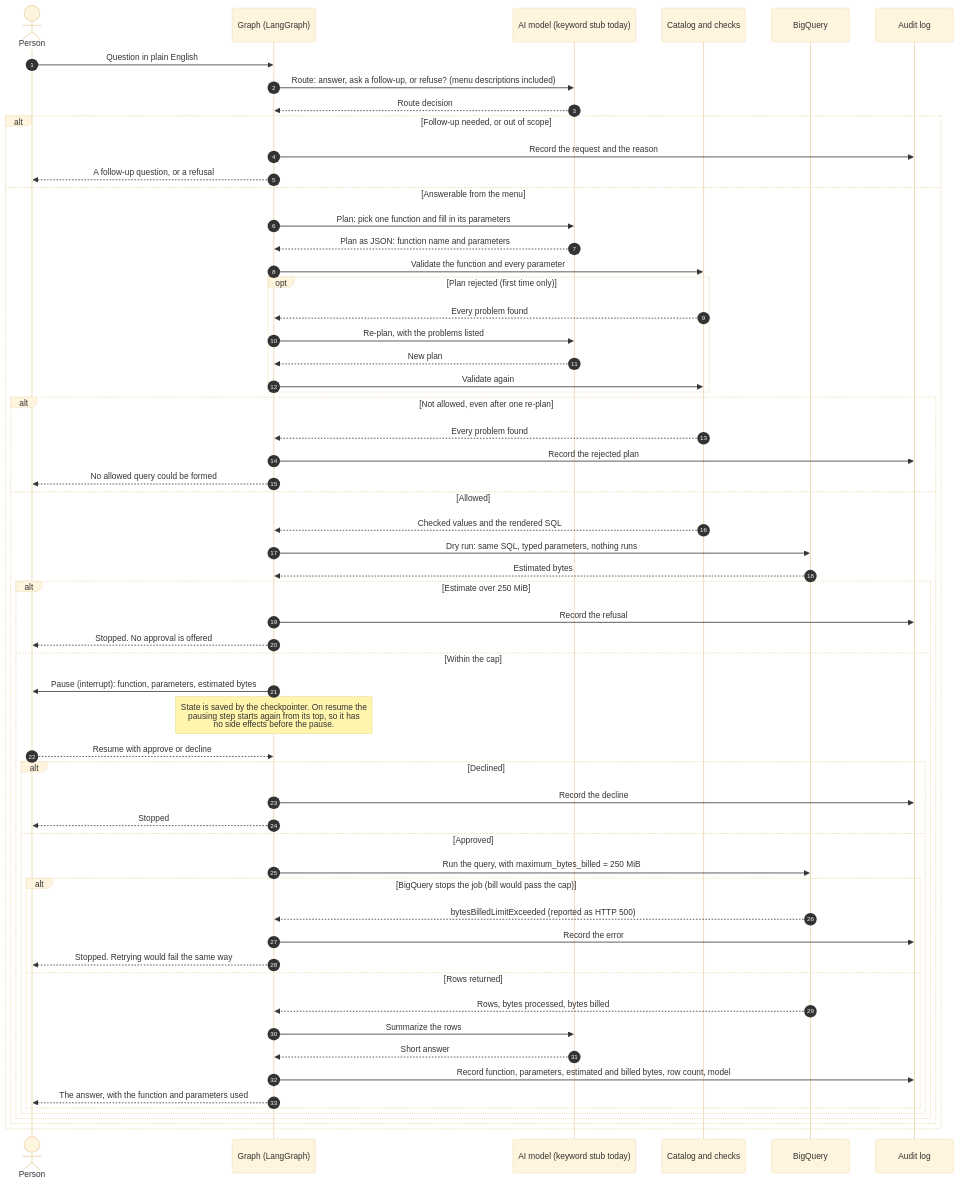
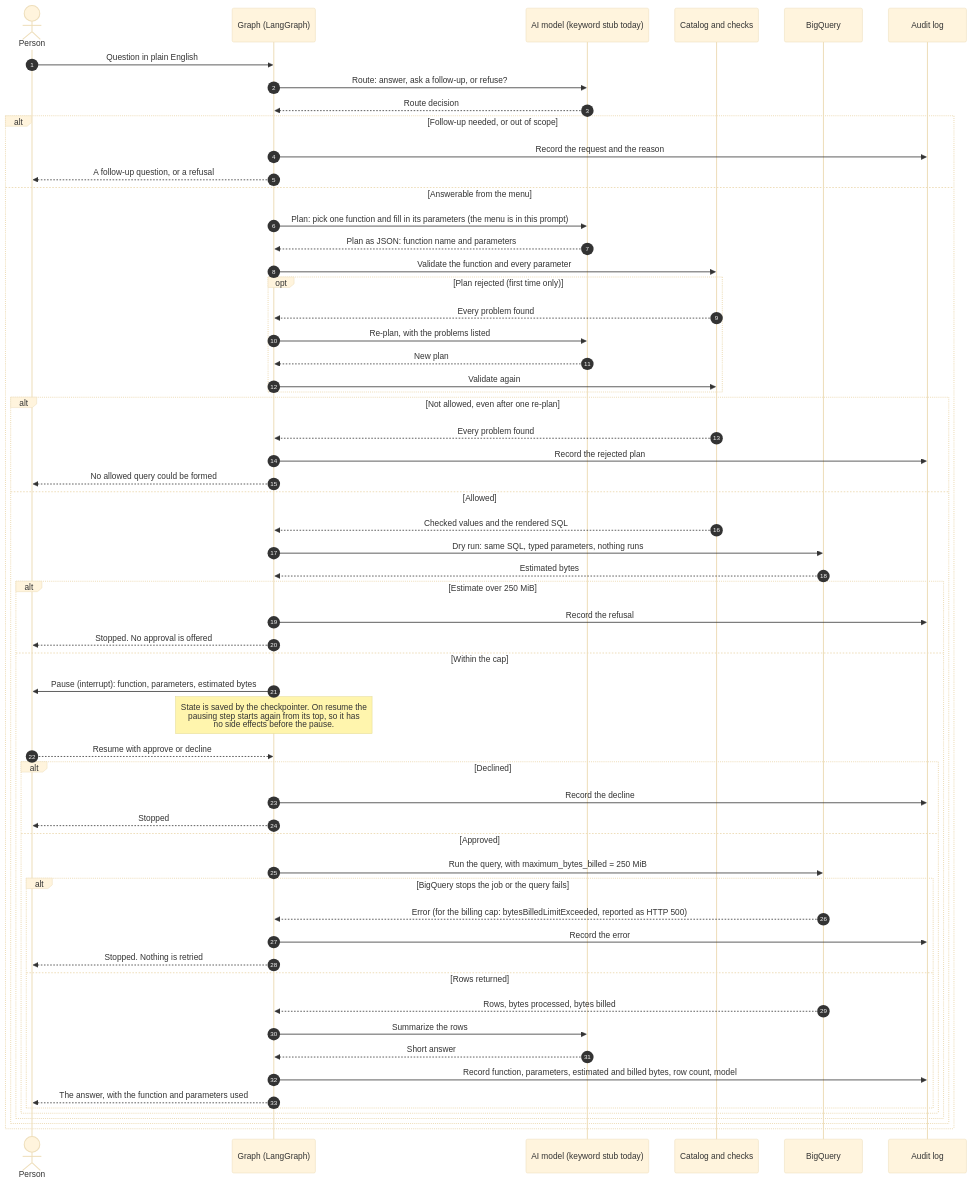
Before and after one commit to sandeepkesarkar/bq-query-agent: the second of 3 diagrams in README.md, drawn with Mermaid (base theme). The commit also changed other lines of this file and 5 other files, not shown here.

````diff
--- a/README.md
+++ b/README.md
@@ -92,67 +93,67 @@
 ```mermaid
 sequenceDiagram
     autonumber
     actor P as Person
     participant G as Graph (LangGraph)
     participant M as AI model (keyword stub today)
     participant C as Catalog and checks
     participant B as BigQuery
     participant L as Audit log
 
     P->>G: Question in plain English
-    G->>M: Route: answer, ask a follow-up, or refuse? (menu descriptions included)
+    G->>M: Route: answer, ask a follow-up, or refuse?
     M-->>G: Route decision
 
     alt Follow-up needed, or out of scope
         G->>L: Record the request and the reason
         G-->>P: A follow-up question, or a refusal
     else Answerable from the menu
-        G->>M: Plan: pick one function and fill in its parameters
+        G->>M: Plan: pick one function and fill in its parameters (the menu is in this prompt)
         M-->>G: Plan as JSON: function name and parameters
 
         G->>C: Validate the function and every parameter
         opt Plan rejected (first time only)
             C-->>G: Every problem found
             G->>M: Re-plan, with the problems listed
             M-->>G: New plan
             G->>C: Validate again
         end
 
         alt Not allowed, even after one re-plan
             C-->>G: Every problem found
             G->>L: Record the rejected plan
             G-->>P: No allowed query could be formed
         else Allowed
             C-->>G: Checked values and the rendered SQL
             G->>B: Dry run: same SQL, typed parameters, nothing runs
             B-->>G: Estimated bytes
 
             alt Estimate over 250 MiB
                 G->>L: Record the refusal
                 G-->>P: Stopped. No approval is offered
             else Within the cap
                 G->>P: Pause (interrupt): function, parameters, estimated bytes
                 Note over G: State is saved by the checkpointer. On resume the<br/>pausing step starts again from its top, so it has<br/>no side effects before the pause.
                 P-->>G: Resume with approve or decline
 
                 alt Declined
                     G->>L: Record the decline
                     G-->>P: Stopped
                 else Approved
                     G->>B: Run the query, with maximum_bytes_billed = 250 MiB
-                    alt BigQuery stops the job (bill would pass the cap)
-                        B-->>G: bytesBilledLimitExceeded (reported as HTTP 500)
+                    alt BigQuery stops the job or the query fails
+                        B-->>G: Error (for the billing cap: bytesBilledLimitExceeded, reported as HTTP 500)
                         G->>L: Record the error
-                        G-->>P: Stopped. Retrying would fail the same way
+                        G-->>P: Stopped. Nothing is retried
                     else Rows returned
                         B-->>G: Rows, bytes processed, bytes billed
                         G->>M: Summarize the rows
                         M-->>G: Short answer
                         G->>L: Record function, parameters, estimated and billed bytes, row count, model
                         G-->>P: The answer, with the function and parameters used
                     end
                 end
             end
         end
     end
 ```
````
